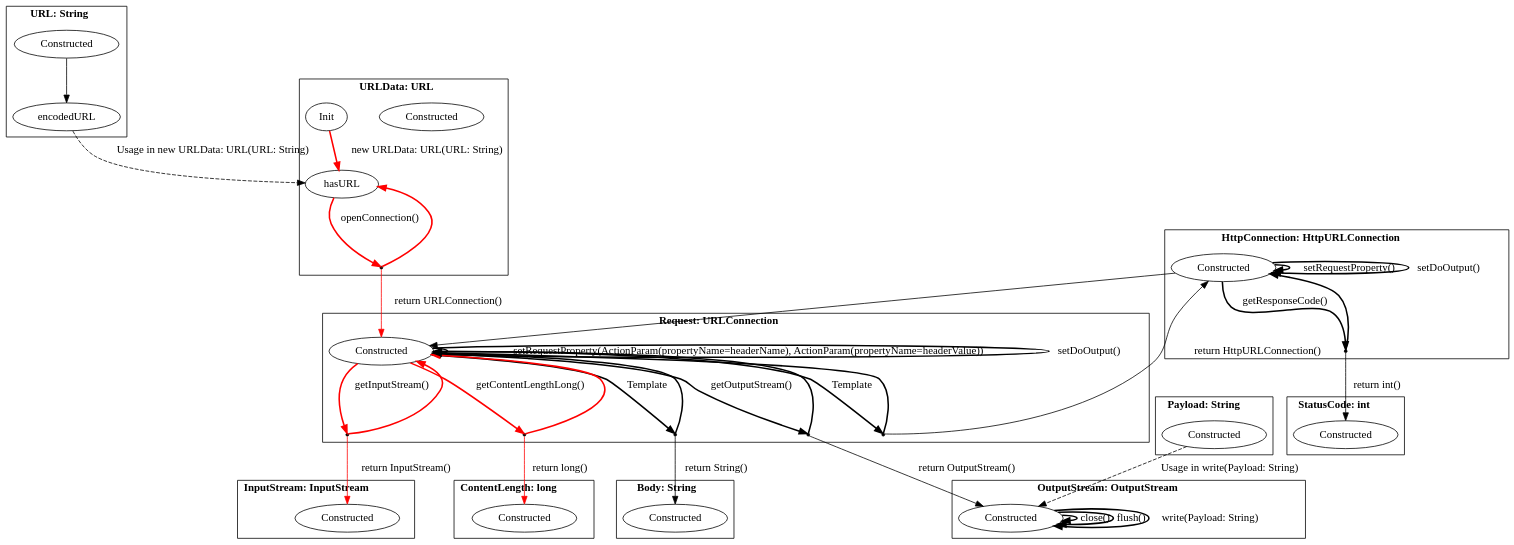
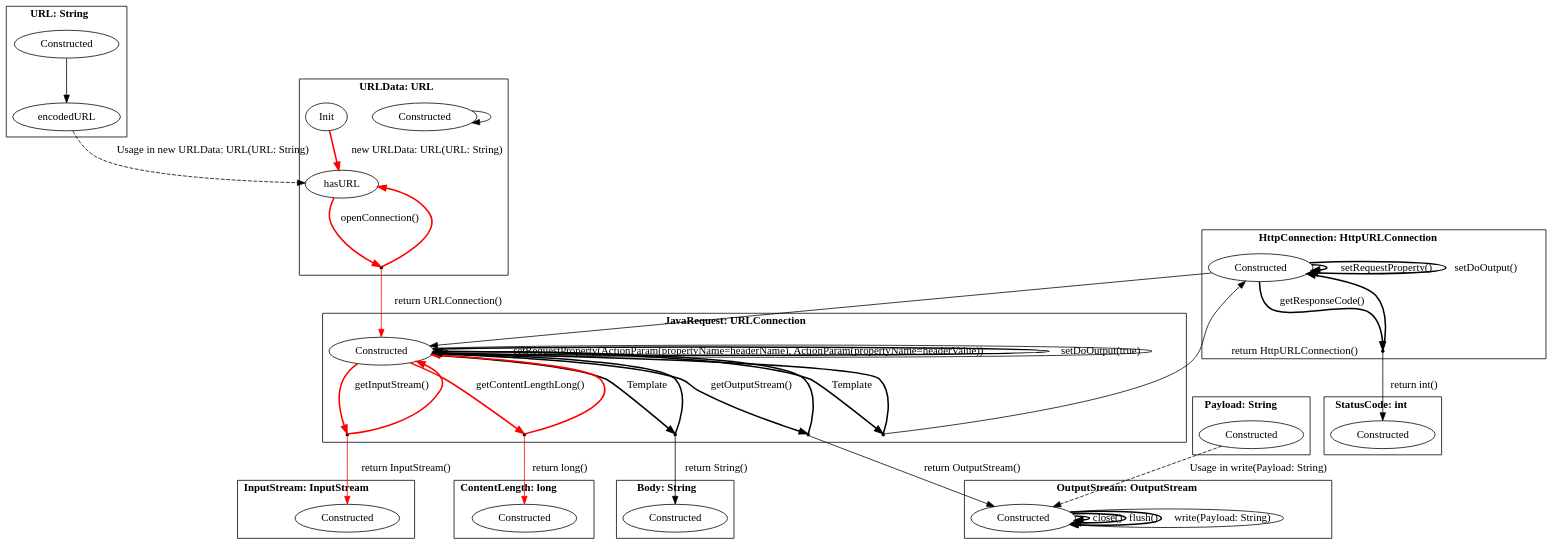
One commit to h31/LibraryMigration changed the diagram in pictures/extracted_javaIf.dot. Above: the diagram before and after it, drawn with Graphviz. The commit also changed 13 other files, not shown here.

```diff
--- a/pictures/extracted_javaIf.dot
+++ b/pictures/extracted_javaIf.dot
@@ -1,86 +1,89 @@
 digraph G {
     bgcolor="transparent";
     subgraph cluster0 {
     label = <<B>URL: String</B>>;
         Constructed_URL [ label="Constructed" ];
         encodedURL_URL [ label="encodedURL" ];
     }
     subgraph cluster1 {
     label = <<B>URLData: URL</B>>;
         Constructed_URLData [ label="Constructed" ];
         hasURL_URLData [ label="hasURL" ];
         Init_URLData [ label="Init" ];
         virtual0 [ shape = point ];
     }
     subgraph cluster2 {
-    label = <<B>Request: URLConnection</B>>;
-        Constructed_Request [ label="Constructed" ];
+    label = <<B>JavaRequest: URLConnection</B>>;
+        Constructed_JavaRequest [ label="Constructed" ];
         virtual1 [ shape = point ];
         virtual2 [ shape = point ];
         virtual3 [ shape = point ];
         virtual4 [ shape = point ];
         virtual5 [ shape = point ];
     }
     subgraph cluster3 {
     label = <<B>Body: String</B>>;
         Constructed_Body [ label="Constructed" ];
     }
     subgraph cluster4 {
     label = <<B>InputStream: InputStream</B>>;
         Constructed_InputStream [ label="Constructed" ];
     }
     subgraph cluster5 {
     label = <<B>ContentLength: long</B>>;
         Constructed_ContentLength [ label="Constructed" ];
     }
     subgraph cluster6 {
     label = <<B>StatusCode: int</B>>;
         Constructed_StatusCode [ label="Constructed" ];
     }
     subgraph cluster7 {
     label = <<B>HttpConnection: HttpURLConnection</B>>;
         Constructed_HttpConnection [ label="Constructed" ];
         virtual6 [ shape = point ];
     }
     subgraph cluster8 {
     label = <<B>OutputStream: OutputStream</B>>;
         Constructed_OutputStream [ label="Constructed" ];
     }
     subgraph cluster9 {
     label = <<B>Payload: String</B>>;
         Constructed_Payload [ label="Constructed" ];
     }
         Constructed_URL -> encodedURL_URL [ label="", style = "solid"  ];
         encodedURL_URL -> hasURL_URLData [ label="Usage in new URLData: URL(URL: String)", style = "dashed"  ];
         Init_URLData -> hasURL_URLData [ label="new URLData: URL(URL: String)", style = "bold" , color = red ];
         hasURL_URLData -> virtual0 [ style = "bold" label="openConnection()" , color = red ];
         virtual0 -> hasURL_URLData [ style = "bold" , color = red ];
-        virtual0 -> Constructed_Request [ label="return URLConnection()" , color = red ];
-        Constructed_Request -> virtual1 [ style = "bold" label="Template"  ];
-        virtual1 -> Constructed_Request [ style = "bold"  ];
+        virtual0 -> Constructed_JavaRequest [ label="return URLConnection()" , color = red ];
+        Constructed_URLData -> Constructed_URLData [ label="", style = "solid"  ];
+        Constructed_JavaRequest -> virtual1 [ style = "bold" label="Template"  ];
+        virtual1 -> Constructed_JavaRequest [ style = "bold"  ];
         virtual1 -> Constructed_Body [ label="return String()"  ];
-        Constructed_Request -> virtual2 [ style = "bold" label="getInputStream()" , color = red ];
-        virtual2 -> Constructed_Request [ style = "bold" , color = red ];
+        Constructed_JavaRequest -> virtual2 [ style = "bold" label="getInputStream()" , color = red ];
+        virtual2 -> Constructed_JavaRequest [ style = "bold" , color = red ];
         virtual2 -> Constructed_InputStream [ label="return InputStream()" , color = red ];
-        Constructed_Request -> Constructed_Request [ label="setRequestProperty(ActionParam(propertyName&#x3D;headerName), ActionParam(propertyName&#x3D;headerValue))", style = "bold"  ];
-        Constructed_Request -> Constructed_Request [ label="setDoOutput()", style = "bold"  ];
-        Constructed_Request -> virtual3 [ style = "bold" label="getContentLengthLong()" , color = red ];
-        virtual3 -> Constructed_Request [ style = "bold" , color = red ];
+        Constructed_JavaRequest -> Constructed_JavaRequest [ label="setRequestProperty(ActionParam(propertyName&#x3D;headerName), ActionParam(propertyName&#x3D;headerValue))", style = "bold"  ];
+        Constructed_JavaRequest -> Constructed_JavaRequest [ label="setDoOutput(true)", style = "bold"  ];
+        Constructed_JavaRequest -> virtual3 [ style = "bold" label="getContentLengthLong()" , color = red ];
+        virtual3 -> Constructed_JavaRequest [ style = "bold" , color = red ];
         virtual3 -> Constructed_ContentLength [ label="return long()" , color = red ];
-        Constructed_Request -> virtual4 [ style = "bold" label="getOutputStream()"  ];
-        virtual4 -> Constructed_Request [ style = "bold"  ];
+        Constructed_JavaRequest -> virtual4 [ style = "bold" label="getOutputStream()"  ];
+        virtual4 -> Constructed_JavaRequest [ style = "bold"  ];
         virtual4 -> Constructed_OutputStream [ label="return OutputStream()"  ];
-        Constructed_Request -> virtual5 [ style = "bold" label="Template"  ];
-        virtual5 -> Constructed_Request [ style = "bold"  ];
+        Constructed_JavaRequest -> virtual5 [ style = "bold" label="Template"  ];
+        virtual5 -> Constructed_JavaRequest [ style = "bold"  ];
         virtual5 -> Constructed_HttpConnection [ label="return HttpURLConnection()"  ];
-        Constructed_HttpConnection -> Constructed_Request [ label="", style = "solid"  ];
+        Constructed_JavaRequest -> Constructed_JavaRequest [ label="", style = "solid"  ];
+        Constructed_HttpConnection -> Constructed_JavaRequest [ label="", style = "solid"  ];
         Constructed_HttpConnection -> virtual6 [ style = "bold" label="getResponseCode()"  ];
         virtual6 -> Constructed_HttpConnection [ style = "bold"  ];
         virtual6 -> Constructed_StatusCode [ label="return int()"  ];
         Constructed_HttpConnection -> Constructed_HttpConnection [ label="setRequestProperty()", style = "bold"  ];
         Constructed_HttpConnection -> Constructed_HttpConnection [ label="setDoOutput()", style = "bold"  ];
         Constructed_OutputStream -> Constructed_OutputStream [ label="close()", style = "bold"  ];
         Constructed_OutputStream -> Constructed_OutputStream [ label="flush()", style = "bold"  ];
         Constructed_OutputStream -> Constructed_OutputStream [ label="write(Payload: String)", style = "bold"  ];
+        Constructed_OutputStream -> Constructed_OutputStream [ label="", style = "solid"  ];
         Constructed_Payload -> Constructed_OutputStream [ label="Usage in write(Payload: String)", style = "dashed"  ];
 }
```
